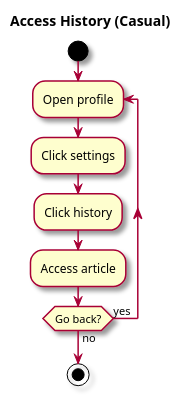
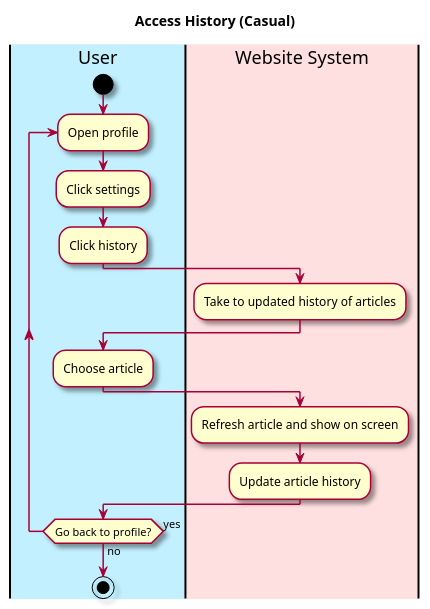
One commit to owhitleym-ui/EcoScoop changed the diagram in intellij/doc/Functional Specification/access-history.md. Above: the diagram before and after it, drawn with PlantUML. The commit also changed 3 other files, not shown here.

````diff
--- a/intellij/doc/Functional Specification/access-history.md
+++ b/intellij/doc/Functional Specification/access-history.md
@@ -34,20 +34,29 @@
 ```plantuml
 @startuml
 
 skin rose
 
 title Access History (Casual)
 'define the lanes
 |#application|User|
+|#implementation|Website System|
 
 |User|
 start
     repeat :Open profile;
         :Click settings;
+        |User|
         :Click history;
-        :Access article;
-        repeat while (Go back?) is (yes) not (no)
+        |Website System|
+        :Take to updated history of articles;
+        |User|
+        :Choose article;
+        |Website System|
+        :Refresh article and show on screen;
+        :Update article history;
+        |User|
+        repeat while (Go back to profile?) is (yes) not (no)
 
 stop
 @enduml
 ```
````
